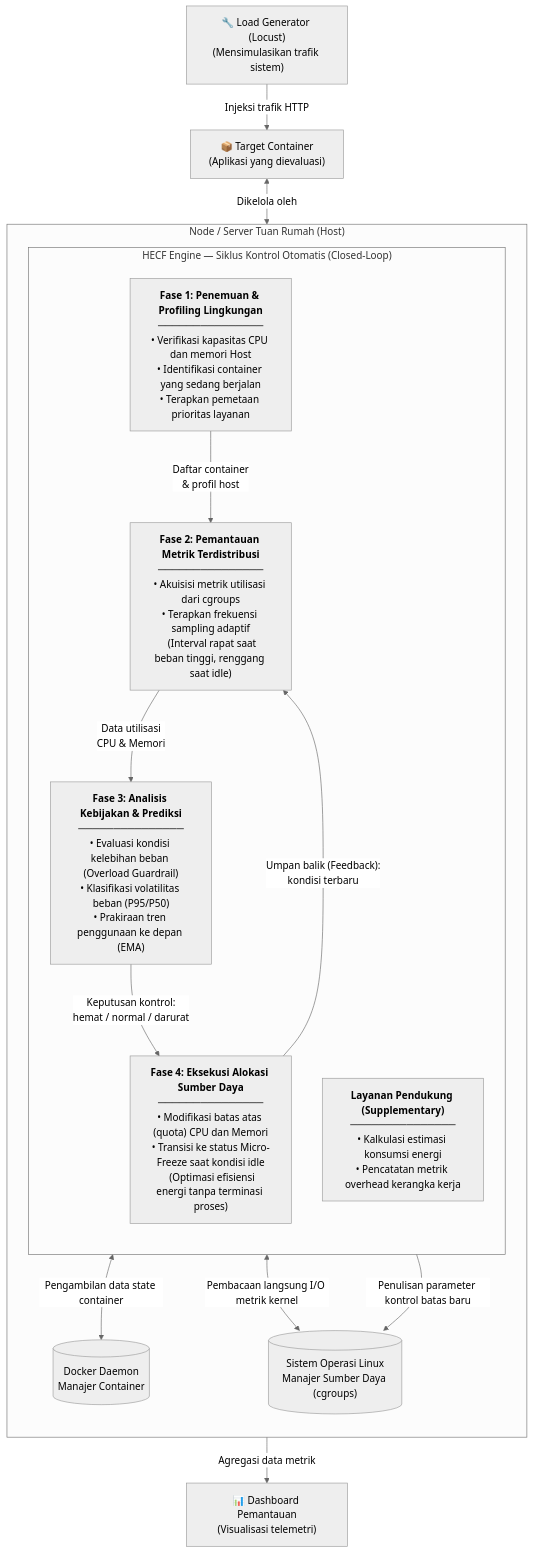
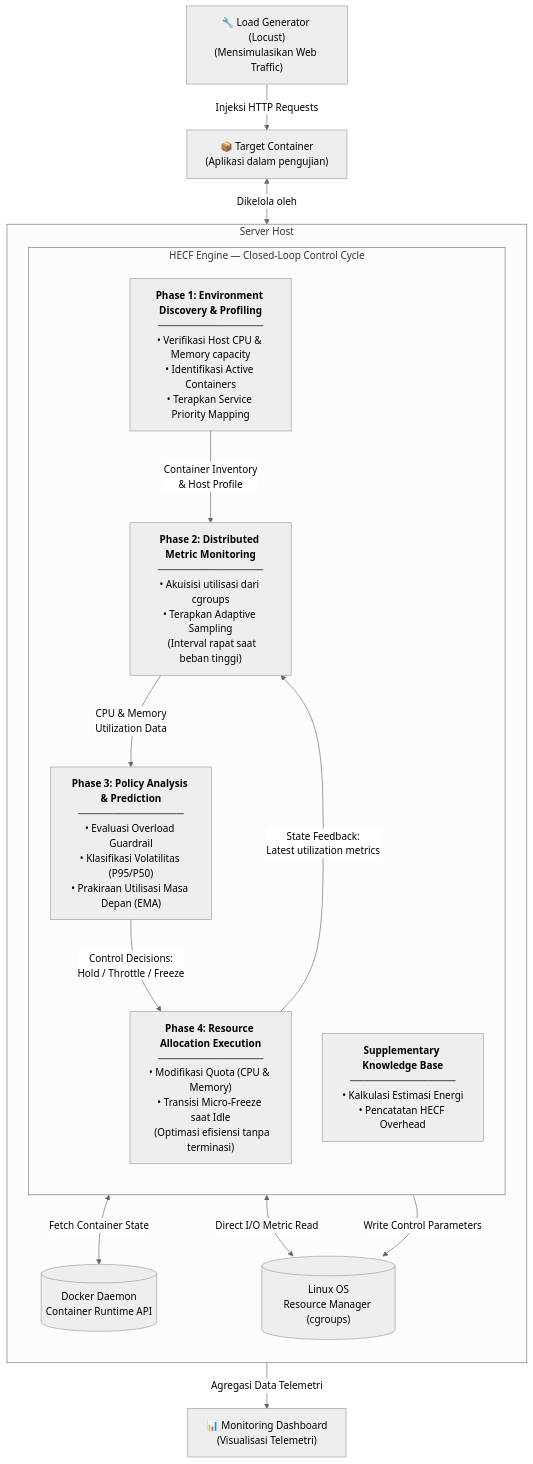
Before and after one commit to fauzanreza/green-container-framework: the second of 2 diagrams in architecture-diagrams/00-concept/big_picture.md, drawn with Mermaid (neutral theme). The commit also changed other lines of this file and 13 other files, not shown here.

Commit message:
edit fitur, menambahkan Architecture Diagram

````diff
--- a/architecture-diagrams/00-concept/big_picture.md
+++ b/architecture-diagrams/00-concept/big_picture.md
@@ -65,40 +65,40 @@
 ```mermaid
 flowchart TB
-    subgraph HOST["Node / Server Tuan Rumah (Host)"]
+    subgraph HOST["Server Host"]
         direction TB
 
-        subgraph MAPE["HECF Engine — Siklus Kontrol Otomatis (Closed-Loop)"]
+        subgraph MAPE["HECF Engine — Closed-Loop Control Cycle"]
             direction TB
 
-            L1["<b>Fase 1: Penemuan & Profiling Lingkungan</b><br/>───────────────<br/>• Verifikasi kapasitas CPU dan memori Host<br/>• Identifikasi container yang sedang berjalan<br/>• Terapkan pemetaan prioritas layanan"]
+            L1["<b>Phase 1: Environment Discovery & Profiling</b><br/>───────────────<br/>• Verifikasi Host CPU & Memory capacity<br/>• Identifikasi Active Containers<br/>• Terapkan Service Priority Mapping"]
 
-            L2["<b>Fase 2: Pemantauan Metrik Terdistribusi</b><br/>───────────────<br/>• Akuisisi metrik utilisasi dari cgroups<br/>• Terapkan frekuensi sampling adaptif<br/>  (Interval rapat saat beban tinggi, renggang saat idle)"]
+            L2["<b>Phase 2: Distributed Metric Monitoring</b><br/>───────────────<br/>• Akuisisi utilisasi dari cgroups<br/>• Terapkan Adaptive Sampling<br/>  (Interval rapat saat beban tinggi)"]
 
-            L3["<b>Fase 3: Analisis Kebijakan & Prediksi</b><br/>───────────────<br/>• Evaluasi kondisi kelebihan beban (Overload Guardrail)<br/>• Klasifikasi volatilitas beban (P95/P50)<br/>• Prakiraan tren penggunaan ke depan (EMA)"]
+            L3["<b>Phase 3: Policy Analysis & Prediction</b><br/>───────────────<br/>• Evaluasi Overload Guardrail<br/>• Klasifikasi Volatilitas (P95/P50)<br/>• Prakiraan Utilisasi Masa Depan (EMA)"]
 
-            L4["<b>Fase 4: Eksekusi Alokasi Sumber Daya</b><br/>───────────────<br/>• Modifikasi batas atas (quota) CPU dan Memori<br/>• Transisi ke status Micro-Freeze saat kondisi idle<br/>  (Optimasi efisiensi energi tanpa terminasi proses)"]
+            L4["<b>Phase 4: Resource Allocation Execution</b><br/>───────────────<br/>• Modifikasi Quota (CPU & Memory)<br/>• Transisi Micro-Freeze saat Idle<br/>  (Optimasi efisiensi tanpa terminasi)"]
 
-            SUP["<b>Layanan Pendukung (Supplementary)</b><br/>───────────────<br/>• Kalkulasi estimasi konsumsi energi<br/>• Pencatatan metrik overhead kerangka kerja"]
+            SUP["<b>Supplementary Knowledge Base</b><br/>───────────────<br/>• Kalkulasi Estimasi Energi<br/>• Pencatatan HECF Overhead"]
 
-            L1 -->|"Daftar container<br/>& profil host"| L2
-            L2 -->|"Data utilisasi<br/>CPU & Memori"| L3
-            L3 -->|"Keputusan kontrol:<br/>hemat / normal / darurat"| L4
-            L4 -->|"Umpan balik (Feedback):<br/>kondisi terbaru"| L2
+            L1 -->|"Container Inventory<br/>& Host Profile"| L2
+            L2 -->|"CPU & Memory<br/>Utilization Data"| L3
+            L3 -->|"Control Decisions:<br/>Hold / Throttle / Freeze"| L4
+            L4 -->|"State Feedback:<br/>Latest utilization metrics"| L2
         end
 
-        KERNEL[("Sistem Operasi Linux<br/>Manajer Sumber Daya (cgroups)")]
-        DOCKER[("Docker Daemon<br/>Manajer Container")]
+        KERNEL[("Linux OS<br/>Resource Manager (cgroups)")]
+        DOCKER[("Docker Daemon<br/>Container Runtime API")]
 
-        L1 <-->|"Pengambilan data state container"| DOCKER
-        L2 <-->|"Pembacaan langsung I/O metrik kernel"| KERNEL
-        L4 -->|"Penulisan parameter kontrol batas baru"| KERNEL
+        L1 <-->|"Fetch Container State"| DOCKER
+        L2 <-->|"Direct I/O Metric Read"| KERNEL
+        L4 -->|"Write Control Parameters"| KERNEL
     end
 
-    LOCUST["🔧 Load Generator (Locust)<br/>(Mensimulasikan trafik sistem)"]
-    TARGET["📦 Target Container<br/>(Aplikasi yang dievaluasi)"]
-    DASH["📊 Dashboard Pemantauan<br/>(Visualisasi telemetri)"]
+    LOCUST["🔧 Load Generator (Locust)<br/>(Mensimulasikan Web Traffic)"]
+    TARGET["📦 Target Container<br/>(Aplikasi dalam pengujian)"]
+    DASH["📊 Monitoring Dashboard<br/>(Visualisasi Telemetri)"]
 
-    LOCUST -->|"Injeksi trafik HTTP"| TARGET
+    LOCUST -->|"Injeksi HTTP Requests"| TARGET
     TARGET <-->|"Dikelola oleh"| DOCKER
-    SUP -->|"Agregasi data metrik"| DASH
+    SUP -->|"Agregasi Data Telemetri"| DASH
 ```
````
